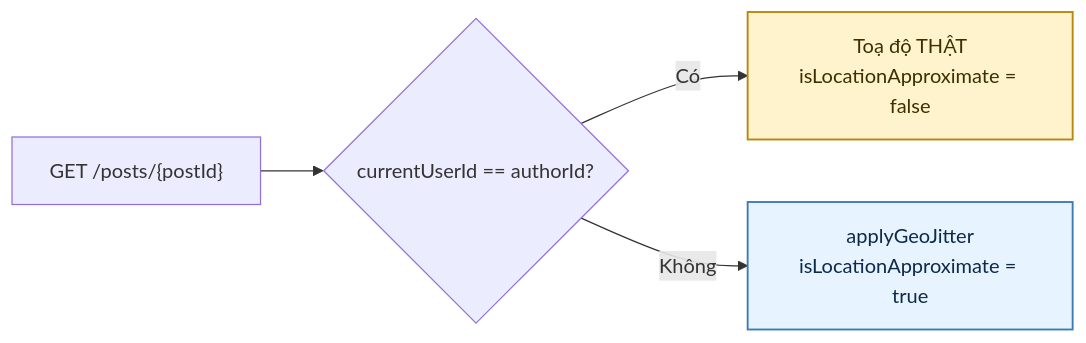
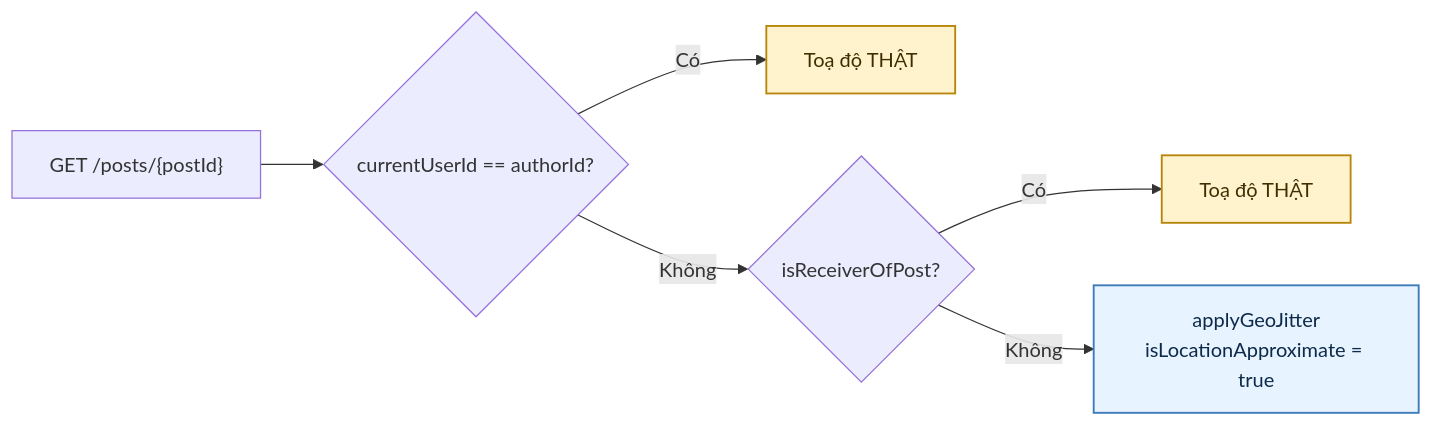
The third of 6 diagrams in docs/diagram/25-location-privacy.md (fdshn/trueheart), drawn with Mermaid before and after one commit. The commit also changed other lines of this file and 8 other files, not shown here.

````diff
--- a/docs/diagram/25-location-privacy.md
+++ b/docs/diagram/25-location-privacy.md
@@ -50,9 +75,12 @@
 ```mermaid
 flowchart LR
     A["GET /posts/{postId}"] --> B{"currentUserId == authorId?"}
-    B -->|Có| C["Toạ độ THẬT<br/>isLocationApproximate = false"]
-    B -->|Không| D["applyGeoJitter<br/>isLocationApproximate = true"]
+    B -->|Có| C["Toạ độ THẬT"]
+    B -->|Không| D{"isReceiverOfPost?"}
+    D -->|Có| E["Toạ độ THẬT"]
+    D -->|Không| F["applyGeoJitter<br/>isLocationApproximate = true"]
 
     style C fill:#fff3cd,stroke:#b8860b,stroke-width:1.5px,color:#3d2f00
-    style D fill:#e7f3ff,stroke:#3d7ab8,stroke-width:1.5px,color:#0d2a4a
+    style E fill:#fff3cd,stroke:#b8860b,stroke-width:1.5px,color:#3d2f00
+    style F fill:#e7f3ff,stroke:#3d7ab8,stroke-width:1.5px,color:#0d2a4a
 ```
````
